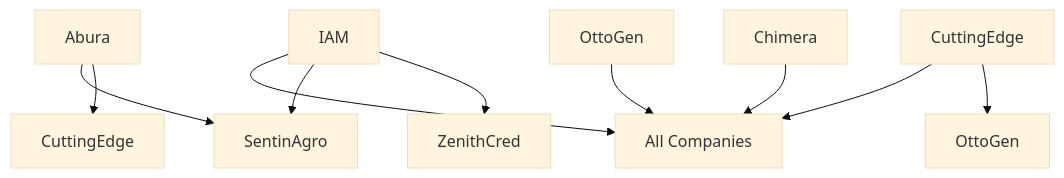
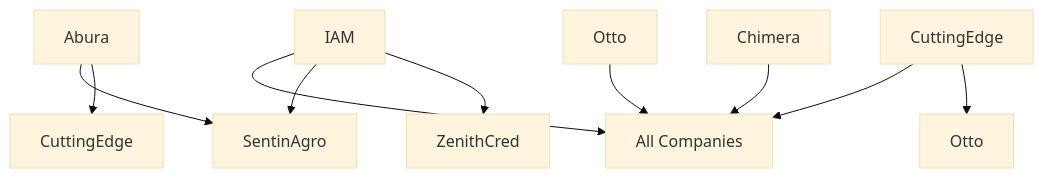
The diagram in vdr/oopuo/multi-company-os.md (clubeedg-ship-it/kira), drawn with Mermaid (base theme) before and after one commit. The commit also changed other lines of this file and 76 other files, not shown here.

Commit message:
vdr: audit and fix IAM docs — EUR pricing, OttoGen→Otto/Oopuo, stale cleanup

````diff
--- a/vdr/oopuo/multi-company-os.md
+++ b/vdr/oopuo/multi-company-os.md
@@ -213,12 +213,12 @@
 ```mermaid
 graph TD
     A[IAM] --> B[ZenithCred]
     A --> C[SentinAgro]
     A --> D[All Companies]
     E[Abura] --> F[CuttingEdge]
     E --> C
-    G[CuttingEdge] --> H[OttoGen]
+    G[CuttingEdge] --> H[Otto]
     G --> D
     I[Chimera] --> D
-    J[OttoGen] --> D
+    J[Otto] --> D
 ```
````
